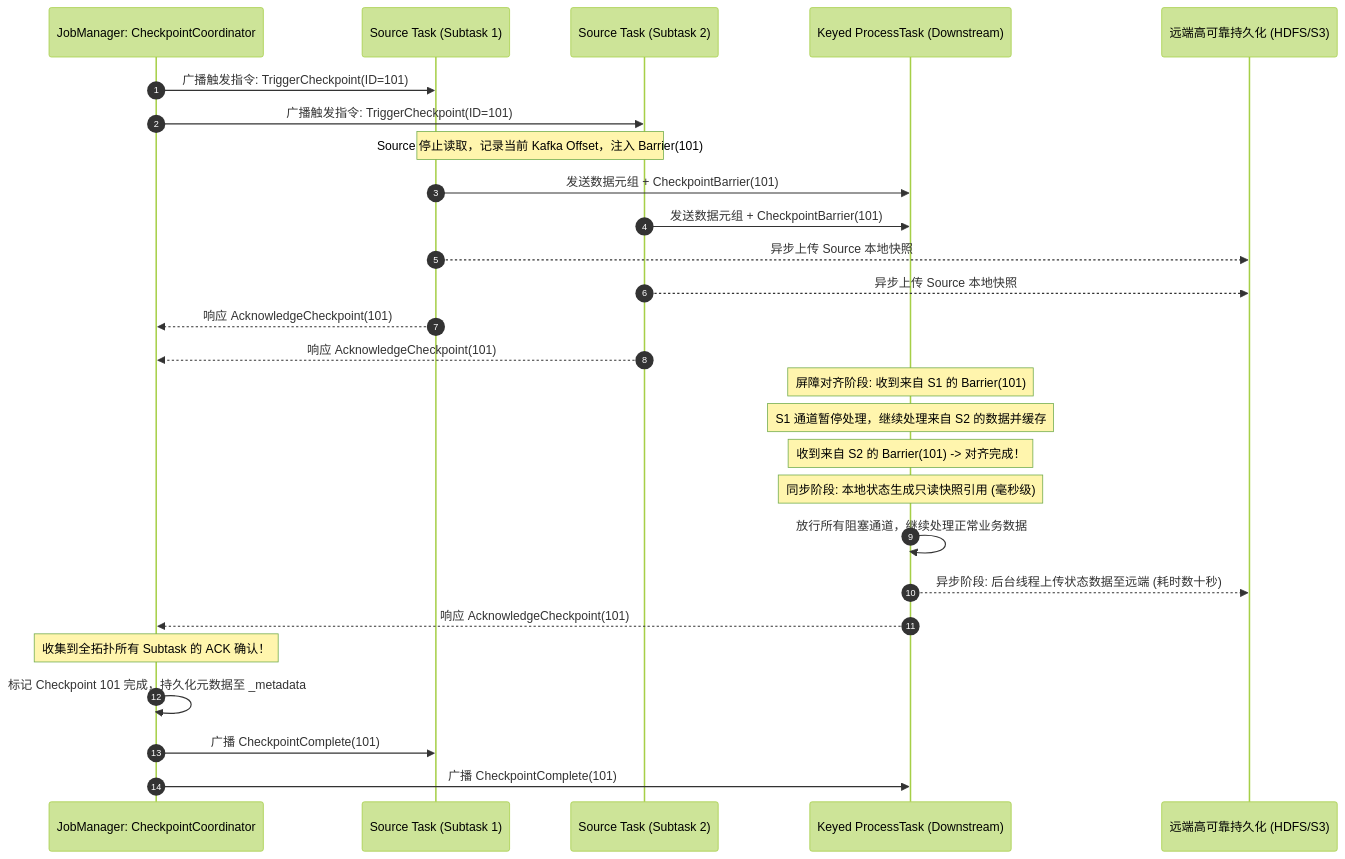
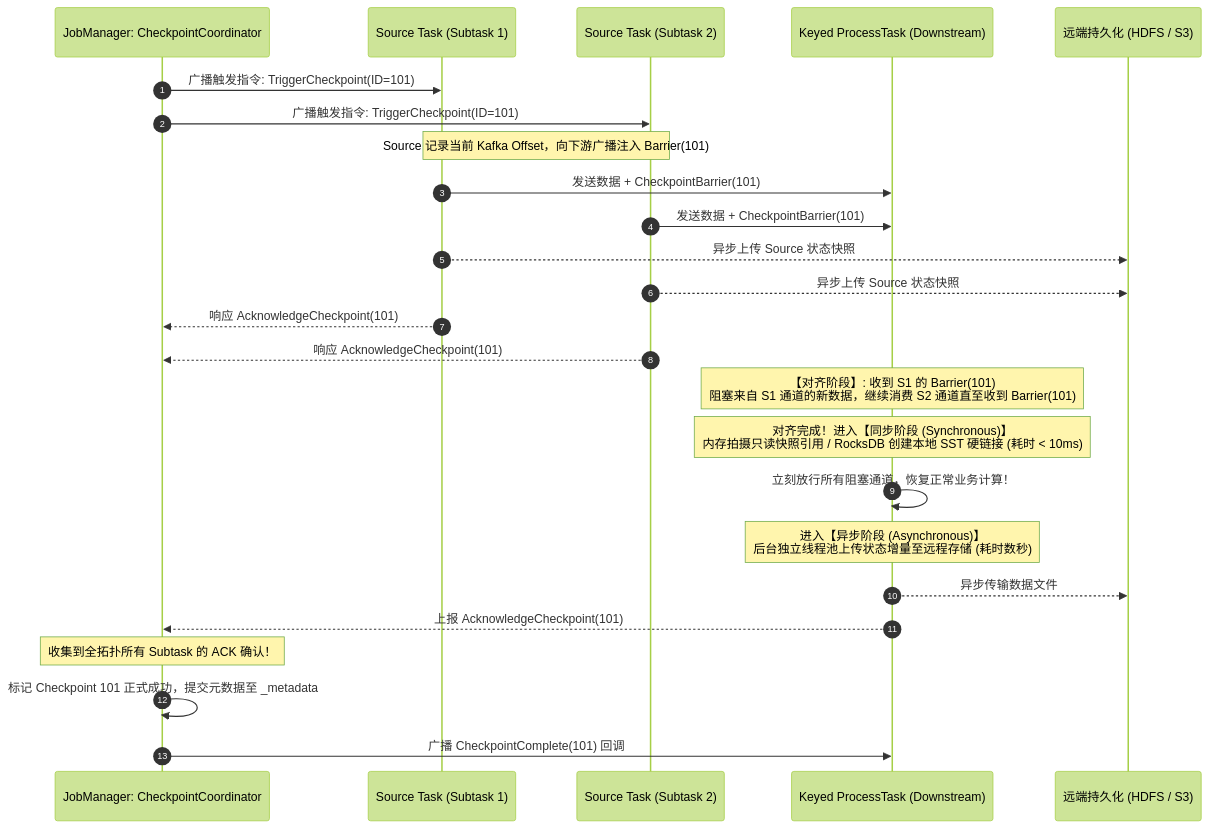
The second of 8 diagrams in 01-bigdata/01-flink/02-flink-state-checkpoint.md (tieke1121/tech-interview-knowledge-base), drawn with Mermaid (forest theme) before and after one commit. The commit also changed other lines of this file and 3 other files, not shown here.

First line of the commit message:
refactor: upgrade template & docs for technical director/architect interview

````diff
--- a/01-bigdata/01-flink/02-flink-state-checkpoint.md
+++ b/01-bigdata/01-flink/02-flink-state-checkpoint.md
@@ -91,35 +88,33 @@
 ```mermaid
 sequenceDiagram
     autonumber
     participant Coord as JobManager: CheckpointCoordinator
     participant S1 as Source Task (Subtask 1)
     participant S2 as Source Task (Subtask 2)
-    participant MapTask as Keyed ProcessTask (Downstream)
-    participant Storage as 远端高可靠持久化 (HDFS/S3)
+    participant Process as Keyed ProcessTask (Downstream)
+    participant Storage as 远端持久化 (HDFS / S3)
 
     Coord->>S1: 广播触发指令: TriggerCheckpoint(ID=101)
     Coord->>S2: 广播触发指令: TriggerCheckpoint(ID=101)
     
-    Note over S1,S2: Source 停止读取，记录当前 Kafka Offset，注入 Barrier(101)
-    S1->>MapTask: 发送数据元组 + CheckpointBarrier(101)
-    S2->>MapTask: 发送数据元组 + CheckpointBarrier(101)
+    Note over S1,S2: Source 记录当前 Kafka Offset，向下游广播注入 Barrier(101)
+    S1->>Process: 发送数据 + CheckpointBarrier(101)
+    S2->>Process: 发送数据 + CheckpointBarrier(101)
     
-    S1-->>Storage: 异步上传 Source 本地快照
-    S2-->>Storage: 异步上传 Source 本地快照
+    S1-->>Storage: 异步上传 Source 状态快照
+    S2-->>Storage: 异步上传 Source 状态快照
     S1-->>Coord: 响应 AcknowledgeCheckpoint(101)
     S2-->>Coord: 响应 AcknowledgeCheckpoint(101)
 
-    Note over MapTask: 屏障对齐阶段: 收到来自 S1 的 Barrier(101)
-    Note over MapTask: S1 通道暂停处理，继续处理来自 S2 的数据并缓存
-    Note over MapTask: 收到来自 S2 的 Barrier(101) -> 对齐完成！
-
-    Note over MapTask: 同步阶段: 本地状态生成只读快照引用 (毫秒级)
-    MapTask->>MapTask: 放行所有阻塞通道，继续处理正常业务数据
-    MapTask-->>Storage: 异步阶段: 后台线程上传状态数据至远端 (耗时数十秒)
-    MapTask-->>Coord: 响应 AcknowledgeCheckpoint(101)
+    Note over Process: 【对齐阶段】: 收到 S1 的 Barrier(101)<br/>阻塞来自 S1 通道的新数据，继续消费 S2 通道直至收到 Barrier(101)
+    Note over Process: 对齐完成！进入【同步阶段 (Synchronous)】<br/>内存拍摄只读快照引用 / RocksDB 创建本地 SST 硬链接 (耗时 < 10ms)
+    Process->>Process: 立刻放行所有阻塞通道，恢复正常业务计算！
+    
+    Note over Process: 进入【异步阶段 (Asynchronous)】<br/>后台独立线程池上传状态增量至远程存储 (耗时数秒)
+    Process-->>Storage: 异步传输数据文件
+    Process-->>Coord: 上报 AcknowledgeCheckpoint(101)
 
     Note over Coord: 收集到全拓扑所有 Subtask 的 ACK 确认！
-    Coord->>Coord: 标记 Checkpoint 101 完成，持久化元数据至 _metadata
-    Coord->>S1: 广播 CheckpointComplete(101)
-    Coord->>MapTask: 广播 CheckpointComplete(101)
+    Coord->>Coord: 标记 Checkpoint 101 正式成功，提交元数据至 _metadata
+    Coord->>Process: 广播 CheckpointComplete(101) 回调
 ```
````
